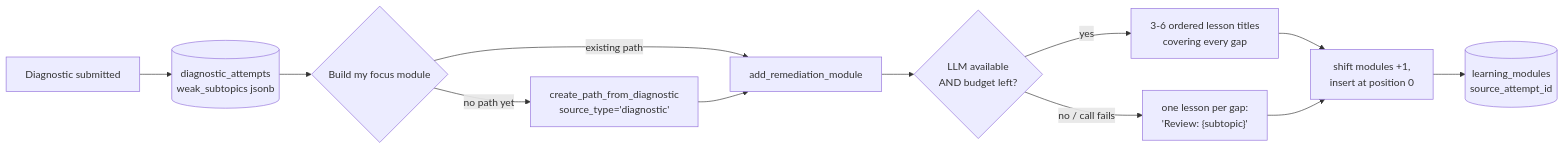
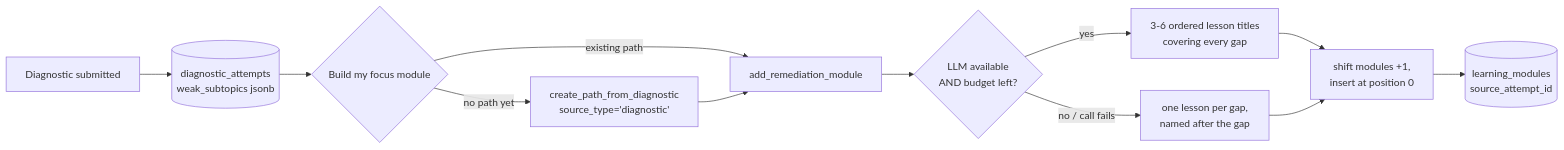
One commit to SAYUSHMAN18/PracticeLoop changed the third of 4 diagrams in ARCHITECTURE.md. Above: the diagram before and after it, drawn with Mermaid. The commit also changed 3 other files, not shown here.

````diff
--- a/ARCHITECTURE.md
+++ b/ARCHITECTURE.md
@@ -122,13 +122,13 @@
 ```mermaid
 flowchart LR
     A[Diagnostic submitted] --> B[(diagnostic_attempts<br/>weak_subtopics jsonb)]
     B --> C{Build my focus module}
     C -->|existing path| D[add_remediation_module]
     C -->|no path yet| E[create_path_from_diagnostic<br/>source_type='diagnostic'] --> D
     D --> F{LLM available<br/>AND budget left?}
     F -->|yes| G[3-6 ordered lesson titles<br/>covering every gap]
-    F -->|no / call fails| H["one lesson per gap:<br/>'Review: {subtopic}'"]
+    F -->|no / call fails| H["one lesson per gap,<br/>named after the gap"]
     G --> I[shift modules +1,<br/>insert at position 0]
     H --> I
     I --> J[(learning_modules<br/>source_attempt_id)]
 ```
````
